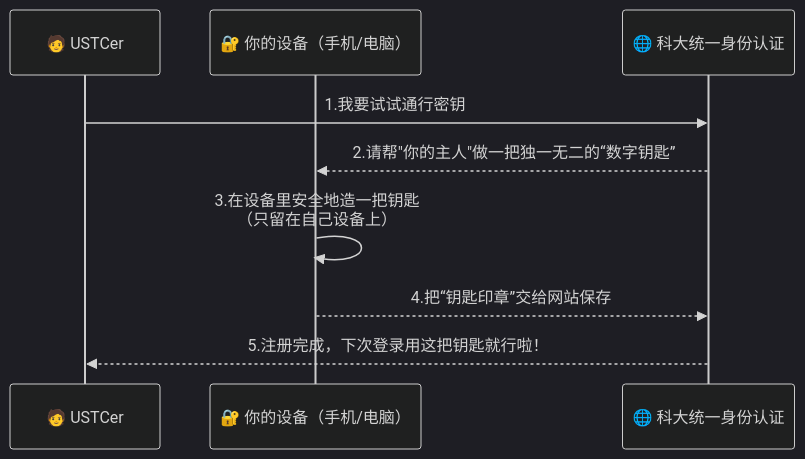
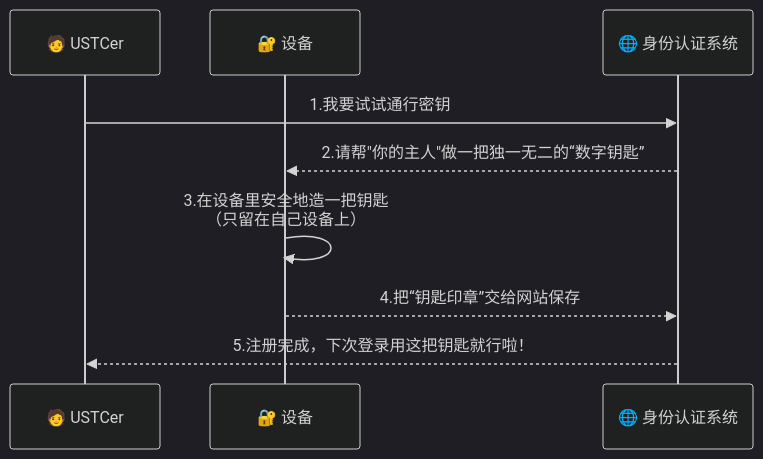
Before and after one commit to wf0229/id_doc: the second of 4 diagrams in docs/passkey.md, drawn with Mermaid (dark theme). The commit also changed other lines of this file, not shown here.

````diff
--- a/docs/passkey.md
+++ b/docs/passkey.md
@@ -6,12 +26,12 @@
 ```mermaid
 sequenceDiagram
     participant U as 🧑 USTCer
-    participant D as 🔐 你的设备（手机/电脑）
-    participant P as 🌐 科大统一身份认证
+    participant D as 🔐 设备
+    participant P as 🌐 身份认证系统
 
     U->>P: 1.我要试试通行密钥
     P-->>D: 2.请帮"你的主人"做一把独一无二的“数字钥匙”
     D->>D: 3.在设备里安全地造一把钥匙<br/>（只留在自己设备上）
     D-->>P: 4.把“钥匙印章”交给网站保存
     P-->>U: 5.注册完成，下次登录用这把钥匙就行啦！
 ```
````
